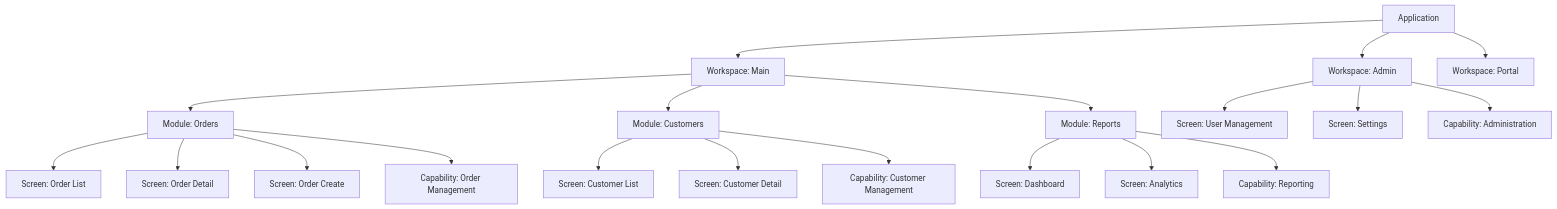
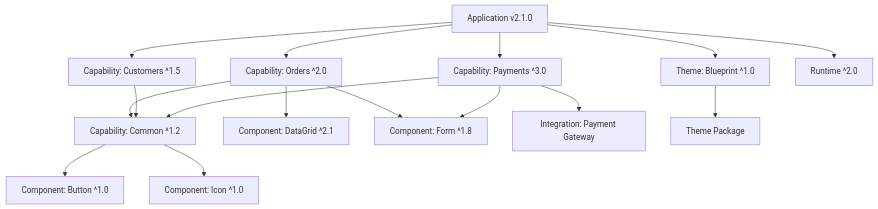
The fifth of 10 diagrams in ARCHITECTURE/application-architecture-overview.md (DukaDesk/KNOWLEDGE-BASE), drawn with Mermaid before and after one commit. The commit also changed other lines of this file and 1 other file, not shown here.

First line of the commit message:
KB-041 Application Architecture Overview: production-quality rewrite

````diff
--- a/ARCHITECTURE/application-architecture-overview.md
+++ b/ARCHITECTURE/application-architecture-overview.md
@@ -830,27 +1220,23 @@
 ```mermaid
 graph TD
-    APP2[Application] --> WS2[Workspace: Main]
-    APP2 --> WSA[Workspace: Admin]
-    APP2 --> WSP[Workspace: Portal]
+    APP2[Application v2.1.0] --> CAP_ORD[Capability: Orders ^2.0]
+    APP2 --> CAP_CUST[Capability: Customers ^1.5]
+    APP2 --> CAP_PAY[Capability: Payments ^3.0]
+    APP2 --> THEME_REF[Theme: Blueprint ^1.0]
+    APP2 --> RUNTIME[Runtime ^2.0]
 
-    WS2 --> MOD1[Module: Orders]
-    WS2 --> MOD2[Module: Customers]
-    WS2 --> MOD3[Module: Reports]
+    CAP_ORD --> CAP_COMMON[Capability: Common ^1.2]
+    CAP_CUST --> CAP_COMMON
+    CAP_PAY --> CAP_COMMON
 
-    MOD1 --> S1[Screen: Order List]
-    MOD1 --> S2[Screen: Order Detail]
-    MOD1 --> S3[Screen: Order Create]
-    MOD1 --> MOD1CAP[Capability: Order Management]
+    CAP_ORD --> COMP_GRID[Component: DataGrid ^2.1]
+    CAP_ORD --> COMP_FORM[Component: Form ^1.8]
 
-    MOD2 --> S4[Screen: Customer List]
-    MOD2 --> S5[Screen: Customer Detail]
-    MOD2 --> MOD2CAP[Capability: Customer Management]
+    CAP_PAY --> COMP_FORM
+    CAP_PAY --> INT_PAY[Integration: Payment Gateway]
 
-    MOD3 --> S6[Screen: Dashboard]
-    MOD3 --> S7[Screen: Analytics]
-    MOD3 --> MOD3CAP[Capability: Reporting]
+    CAP_COMMON --> COMP_BTN[Component: Button ^1.0]
+    CAP_COMMON --> COMP_ICON[Component: Icon ^1.0]
 
-    WSA --> S8[Screen: User Management]
-    WSA --> S9[Screen: Settings]
-    WSA --> CAPA[Capability: Administration]
+    THEME_REF --> THEME_PKG[Theme Package]
 ```
````
